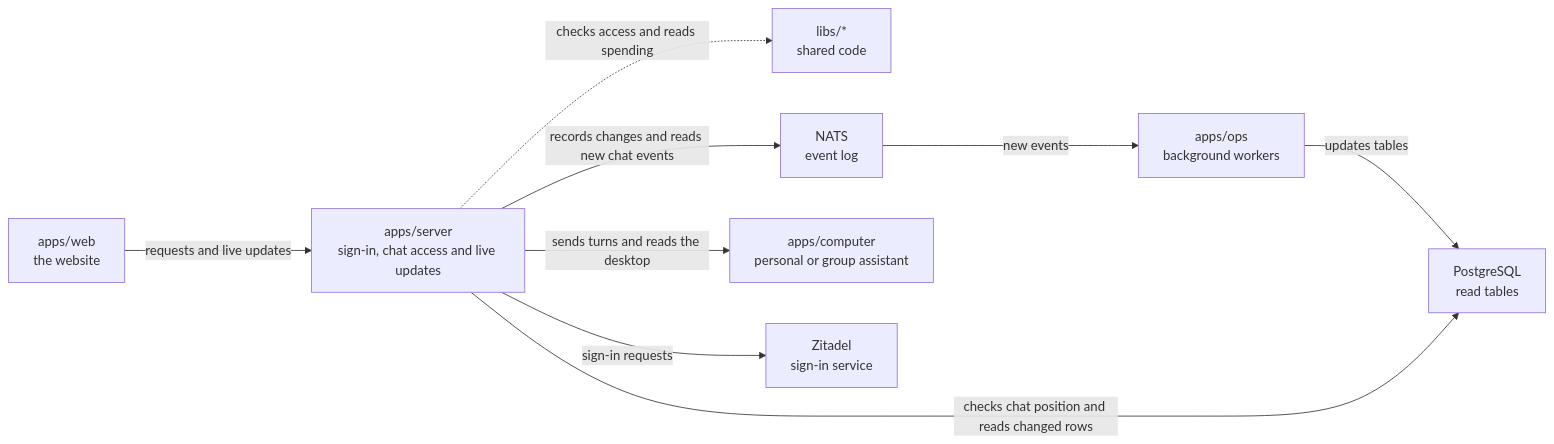
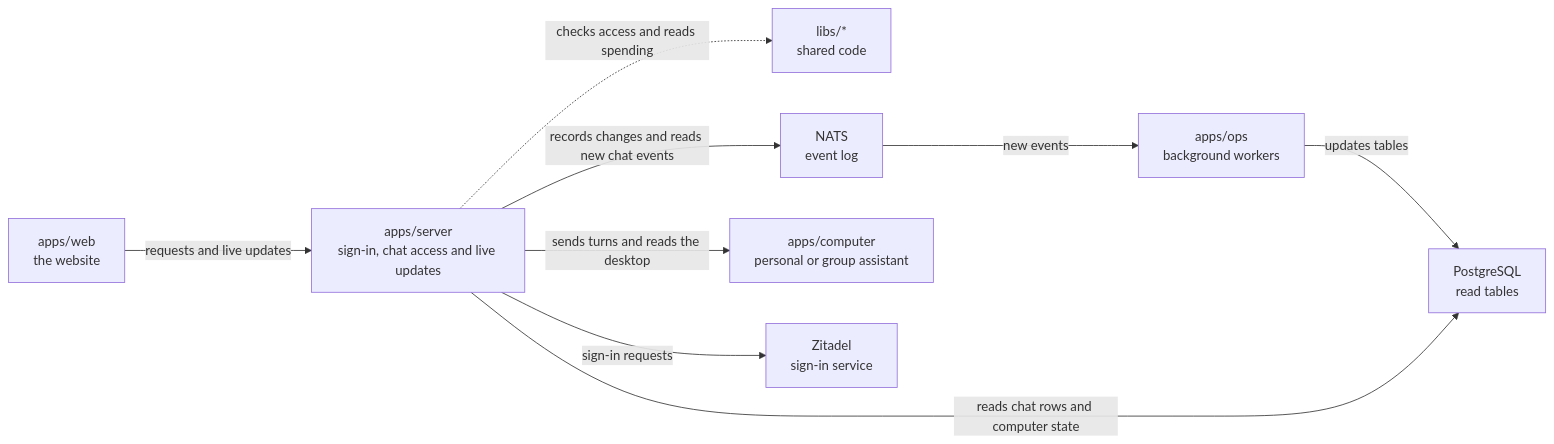
One commit to elewa-git/opencrane-new changed the diagram in apps/server/README.md. Above: the diagram before and after it, drawn with Mermaid. The commit also changed other lines of this file and 56 other files, not shown here.

````diff
--- a/apps/server/README.md
+++ b/apps/server/README.md
@@ -11,11 +11,11 @@
 ```mermaid
 flowchart LR
   web["apps/web<br/>the website"] -->|requests and live updates| server["apps/server<br/>sign-in, chat access and live updates"]
   server -.->|checks access and reads spending| libs["libs/*<br/>shared code"]
   server -->|records changes and reads new chat events| nats["NATS<br/>event log"]
   nats -->|new events| ops["apps/ops<br/>background workers"]
   ops -->|updates tables| postgres["PostgreSQL<br/>read tables"]
-  server -->|checks chat position and reads changed rows| postgres
+  server -->|reads chat rows and computer state| postgres
   server -->|sends turns and reads the desktop| computer["apps/computer<br/>personal or group assistant"]
   server -->|sign-in requests| zitadel["Zitadel<br/>sign-in service"]
 ```
````
